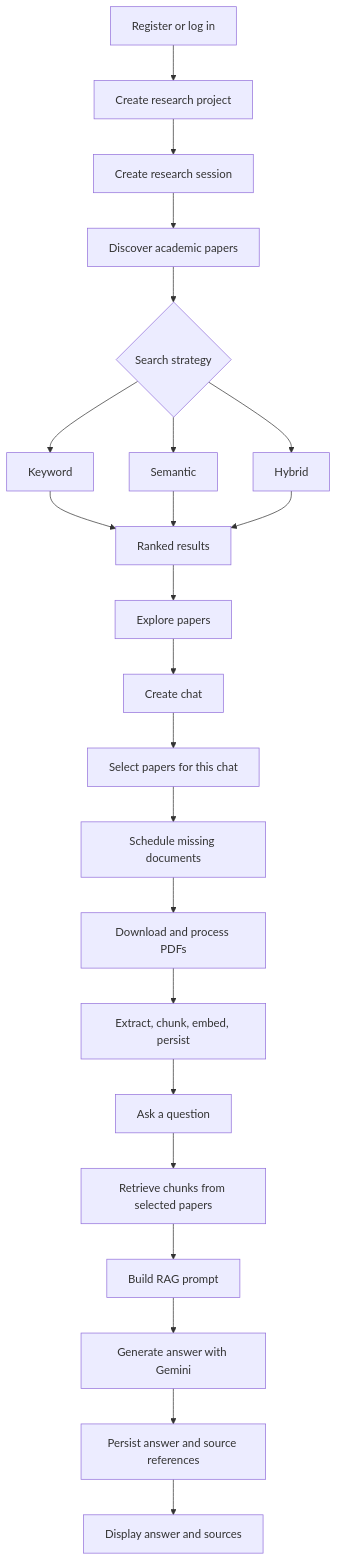
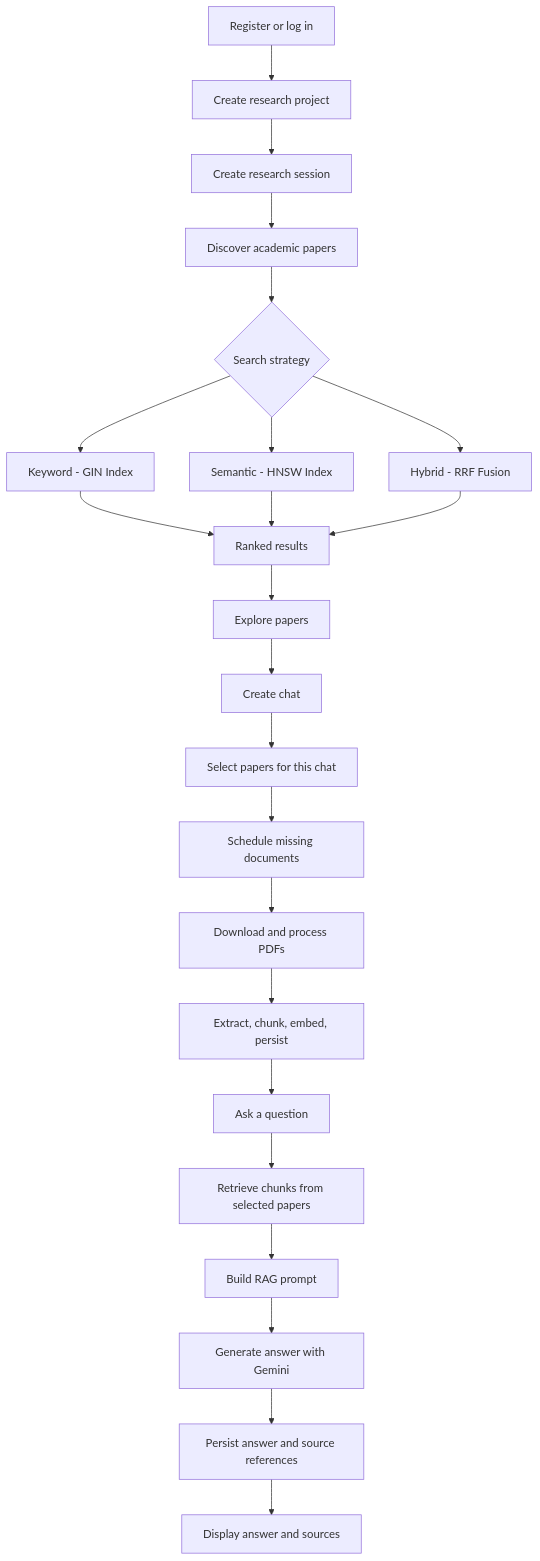
The first of 5 diagrams in README.md (Chinmay48/researchmate-frontend), drawn with Mermaid before and after one commit. The commit also changed other lines of this file, not shown here.

````diff
--- a/README.md
+++ b/README.md
@@ -83,25 +84,25 @@
-``` mermaid
+```mermaid
 flowchart TD
     A[Register or log in] --> B[Create research project]
     B --> C[Create research session]
     C --> D[Discover academic papers]
     D --> E{Search strategy}
-    E --> F[Keyword]
-    E --> G[Semantic]
-    E --> H[Hybrid]
+    E --> F[Keyword - GIN Index]
+    E --> G[Semantic - HNSW Index]
+    E --> H[Hybrid - RRF Fusion]
     F --> I[Ranked results]
     G --> I
     H --> I
     I --> J[Explore papers]
     J --> K[Create chat]
     K --> L[Select papers for this chat]
     L --> M[Schedule missing documents]
     M --> N[Download and process PDFs]
     N --> O[Extract, chunk, embed, persist]
     O --> P[Ask a question]
     P --> Q[Retrieve chunks from selected papers]
     Q --> R[Build RAG prompt]
     R --> S[Generate answer with Gemini]
     S --> T[Persist answer and source references]
     T --> U[Display answer and sources]
 ```
````
